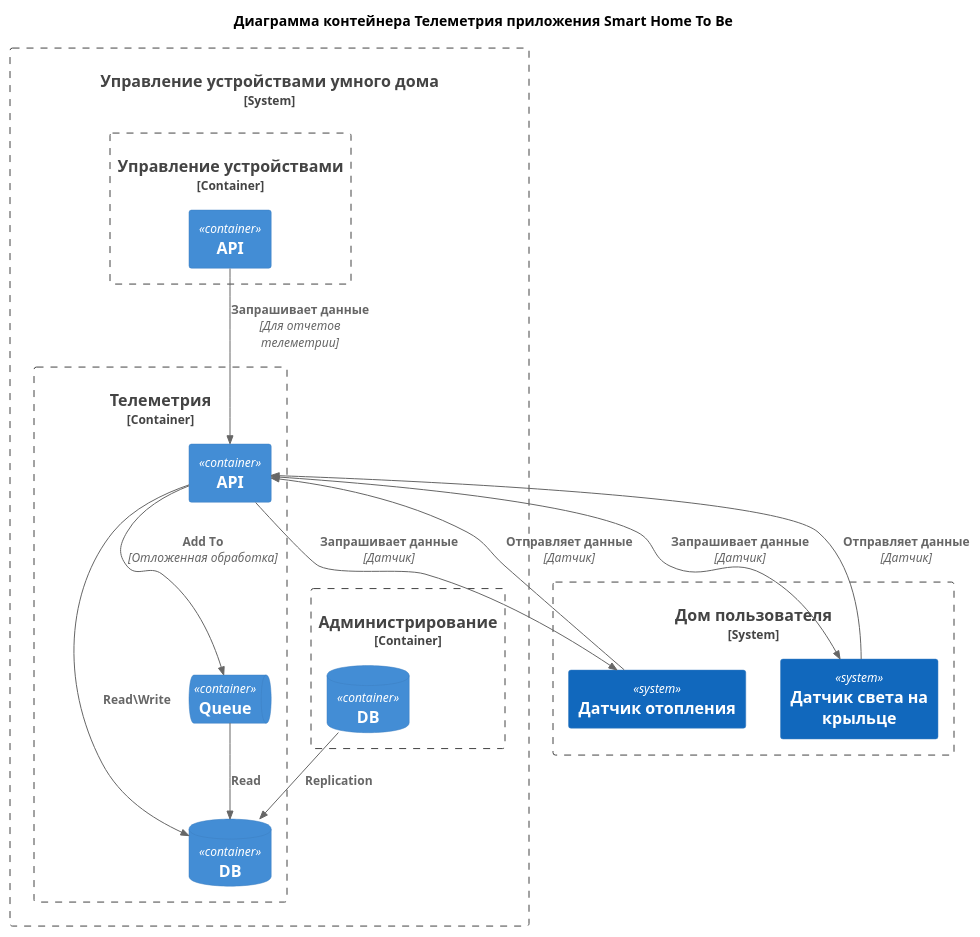
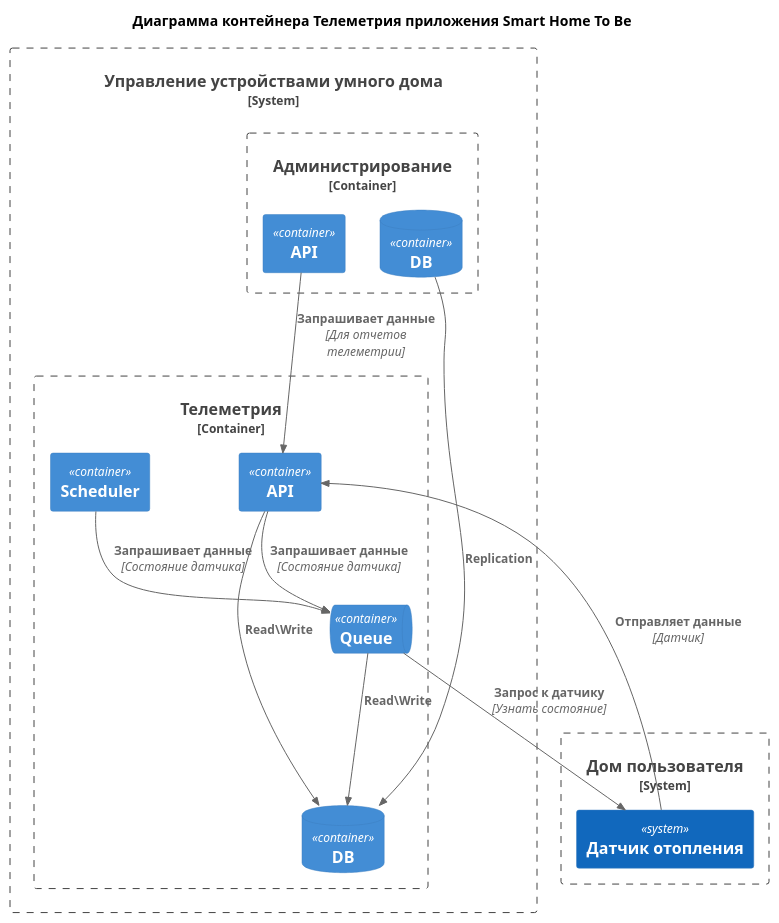
The diagram in docs/To Be Container Telemetry.puml (bezdelnique/ydnx-arch-sprint1), drawn with PlantUML before and after one commit. The commit also changed 2 other files, not shown here.

Commit message:
To Be C4 diagrams

```diff
--- a/docs/To Be Container Telemetry.puml
+++ b/docs/To Be Container Telemetry.puml
@@ -1,46 +1,42 @@
 @startuml
 title "Диаграмма контейнера Телеметрия приложения Smart Home To Be"
 
 top to bottom direction
 
 !include C4/C4_Container.puml
 
 
 System_Boundary(UserHome, "Дом пользователя") {
     System(SensorHeating, "Датчик отопления")
-    System(SensorLight, "Датчик света на крыльце")
 }
 
 System_Boundary(Domain, "Управление устройствами умного дома") {
     Container_Boundary(SubdomainTelemetry, "Телеметрия") {
         Container(TelemetryApi, "API")
+        Container(TelemetryScheduler, "Scheduler")
         ContainerDb(TelemetryDb, "DB")
         ContainerQueue(TelemetryQueue, "Queue")
     }
 
     Container_Boundary(SubdomainAdministration, "Администрирование") {
+        Container(AdministrationApi, "API")
         ContainerDb(AdministrationDb, "DB")
     }
 
-    Container_Boundary(ManageDeviceTelemetry, "Управление устройствами") {
-        Container(ManageDeviceApi, "API")
-    }
 }
 
 
 Rel(TelemetryApi, TelemetryDb, "Read\Write")
-Rel(TelemetryApi, TelemetryQueue, "Add To", "Отложенная обработка")
-Rel(TelemetryQueue, TelemetryDb, "Read")
-
-Rel(SensorLight, TelemetryApi, "Отправляет данные", "Датчик")
-Rel(TelemetryApi, SensorLight, "Запрашивает данные", "Датчик")
+Rel(TelemetryApi, TelemetryQueue, "Запрашивает данные", "Состояние датчика")
+Rel(TelemetryQueue, TelemetryDb, "Read\Write")
 
 Rel(SensorHeating, TelemetryApi, "Отправляет данные", "Датчик")
-Rel(TelemetryApi, SensorHeating, "Запрашивает данные", "Датчик")
+Rel(TelemetryQueue, SensorHeating, "Запрос к датчику", "Узнать состояние")
 
 Rel(AdministrationDb, TelemetryDb, "Replication")
-Rel(ManageDeviceApi, TelemetryApi, "Запрашивает данные", "Для отчетов телеметрии")
+Rel(AdministrationApi, TelemetryApi, "Запрашивает данные", "Для отчетов телеметрии")
 
+Rel(TelemetryScheduler, TelemetryQueue, "Запрашивает данные", "Состояние датчика")
 
 
 @enduml
```
